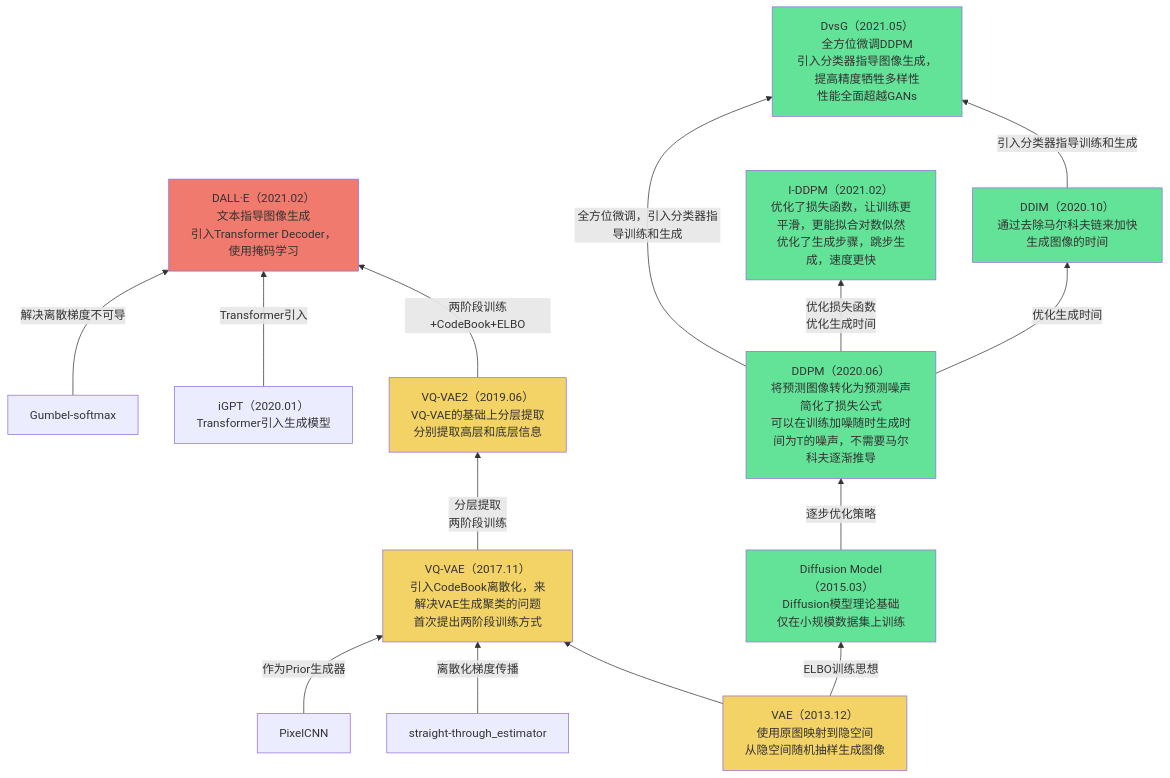
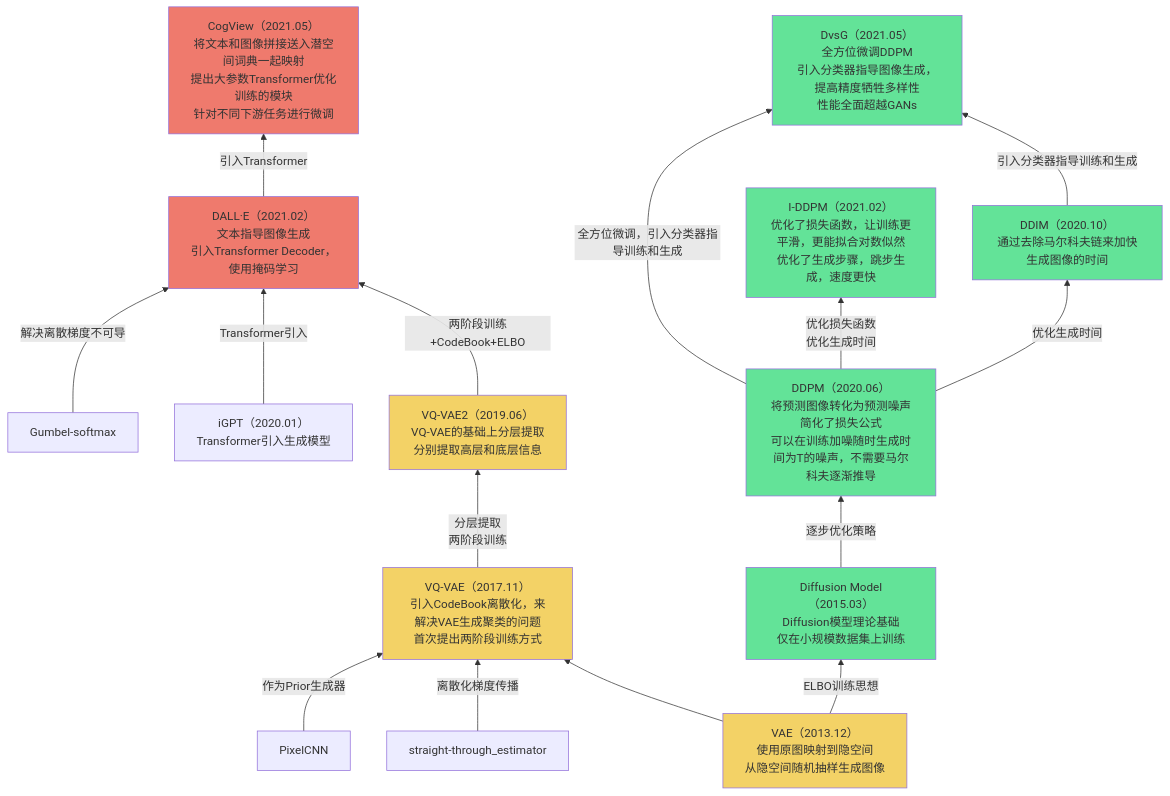
Before and after one commit to Elephant-King9/Paper: the fourth of 5 diagrams in Base_Model/GAN+VAE+Diffusion/analyse.md, drawn with Mermaid. The commit also changed other lines of this file and 3 other files, not shown here.

Commit message:
update_CogView: Mastering Text-to-Image Generation via Transformers

````diff
--- a/Base_Model/GAN+VAE+Diffusion/analyse.md
+++ b/Base_Model/GAN+VAE+Diffusion/analyse.md
@@ -78,39 +80,42 @@
 ```mermaid
 flowchart BT
 VAE-->VQ-VAE
 straight-through_estimator-->|离散化梯度传播|VQ-VAE
 PixelCNN-->|作为Prior生成器|VQ-VAE
 VAE-->|ELBO训练思想|Diffusion_Model
 VQ-VAE-->|分层提取<br>两阶段训练|VQ-VAE2
 VQ-VAE2-->|两阶段训练+CodeBook+ELBO|DALL-E
 I-GPT-->|Transformer引入|DALL-E
 Gumbel-softmax-->|解决离散梯度不可导|DALL-E
+DALL-E-->|引入Transformer|CogView
 Diffusion_Model-->|逐步优化策略|DDPM
 DDPM-->|优化生成时间|DDIM
 DDPM-->|优化损失函数<br>优化生成时间|IDDPM
 DDIM-->|引入分类器指导训练和生成|DvsG
 DDPM-->|全方位微调，引入分类器指导训练和生成|DvsG
 
 
 
 VAE[VAE（2013.12）<br>使用原图映射到隐空间<br>从隐空间随机抽样生成图像]
 	style VAE fill:#F3D266
 VQ-VAE[VQ-VAE（2017.11）<br>引入CodeBook离散化，来解决VAE生成聚类的问题<br>首次提出两阶段训练方式]
 	style VQ-VAE fill:#F3D266
 VQ-VAE2[VQ-VAE2（2019.06）<br>VQ-VAE的基础上分层提取<br>分别提取高层和底层信息]
 	style VQ-VAE2 fill:#F3D266
 DALL-E[DALL·E（2021.02）<br>文本指导图像生成<br>引入Transformer Decoder，使用掩码学习]
 	style DALL-E fill:#EF7A6D
 I-GPT[iGPT（2020.01）<br>Transformer引入生成模型]
 Gumbel-softmax[Gumbel-softmax]
 Diffusion_Model[Diffusion Model（2015.03）<br>Diffusion模型理论基础<br>仅在小规模数据集上训练]
 	style Diffusion_Model fill:#63E398
 DDPM[DDPM（2020.06）<br>将预测图像转化为预测噪声<br>简化了损失公式<br>可以在训练加噪随时生成时间为T的噪声，不需要马尔科夫逐渐推导]
 	style DDPM fill:#63E398
 DDIM[DDIM（2020.10）<br>通过去除马尔科夫链来加快生成图像的时间]
 	style DDIM fill:#63E398
 IDDPM[I-DDPM（2021.02）<br>优化了损失函数，让训练更平滑，更能拟合对数似然<br>优化了生成步骤，跳步生成，速度更快]
 	style IDDPM fill:#63E398
 DvsG[DvsG（2021.05）<br>全方位微调DDPM<br>引入分类器指导图像生成，提高精度牺牲多样性<br>性能全面超越GANs]
 	style DvsG fill:#63E398
+CogView[CogView（2021.05）<br>将文本和图像拼接送入潜空间词典一起映射<br>提出大参数Transformer优化训练的模块<br>针对不同下游任务进行微调]
+	style CogView fill:#EF7A6D
 ```
````
